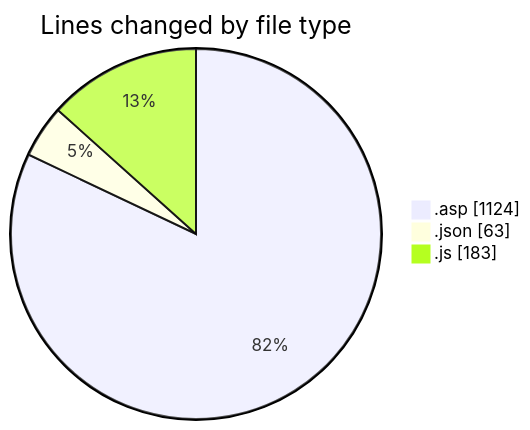
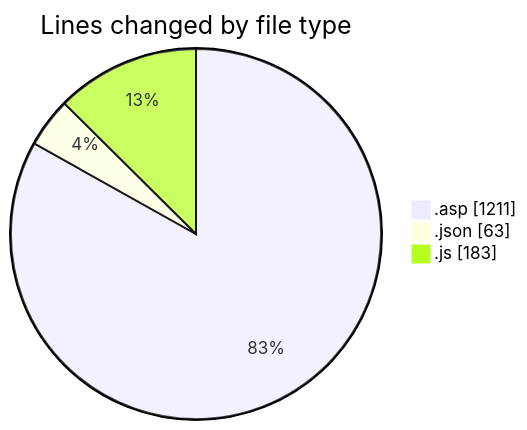
Before and after one commit to julien-gomy/code-tracking: the first of 2 diagrams in 2025-10-20/usr_aleoudev_fr__workspace_/README.md, drawn with Mermaid. The commit also changed other lines of this file and 1 other file, not shown here.

````diff
--- a/2025-10-20/usr_aleoudev_fr__workspace_/README.md
+++ b/2025-10-20/usr_aleoudev_fr__workspace_/README.md
@@ -24,7 +24,7 @@
 ```mermaid
 pie showData
 title Lines changed by file type
-".asp" : 1124
+".asp" : 1211
 ".json" : 63
 ".js" : 183
 ```
````
